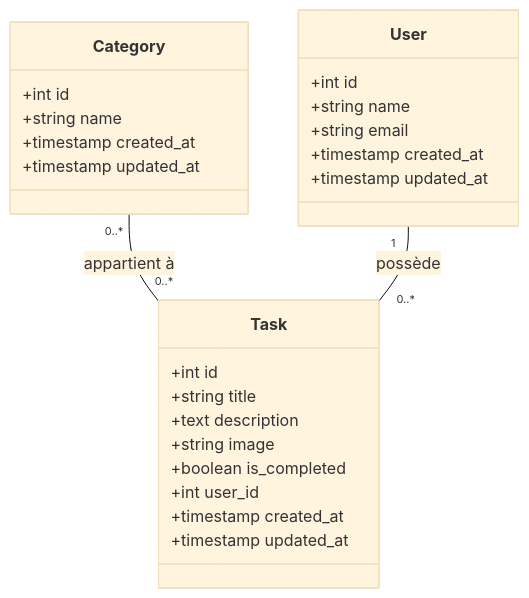
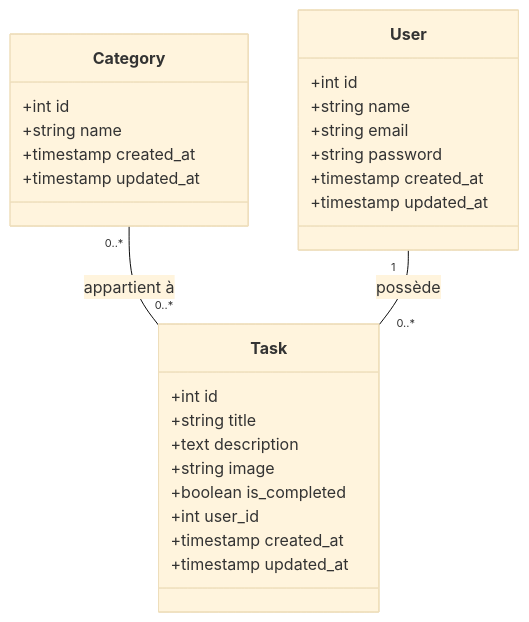
The diagram in conception/diagramme_classe.mmd (fadhub/Projet-technique), drawn with Mermaid (base theme) before and after one commit.

Commit message:
conception

```diff
--- a/conception/diagramme_classe.mmd
+++ b/conception/diagramme_classe.mmd
@@ -1,29 +1,30 @@
 classDiagram
     class Task {
         +int id
         +string title
         +text description
         +string image
         +boolean is_completed
         +int user_id
         +timestamp created_at
         +timestamp updated_at
     }
 
     class Category {
         +int id
         +string name
         +timestamp created_at
         +timestamp updated_at
     }
 
     class User {
         +int id
         +string name
         +string email
+        +string password
         +timestamp created_at
         +timestamp updated_at
     }
 
     Category "0..*" -- "0..*" Task : appartient à
     User "1" -- "0..*" Task : possède
```
